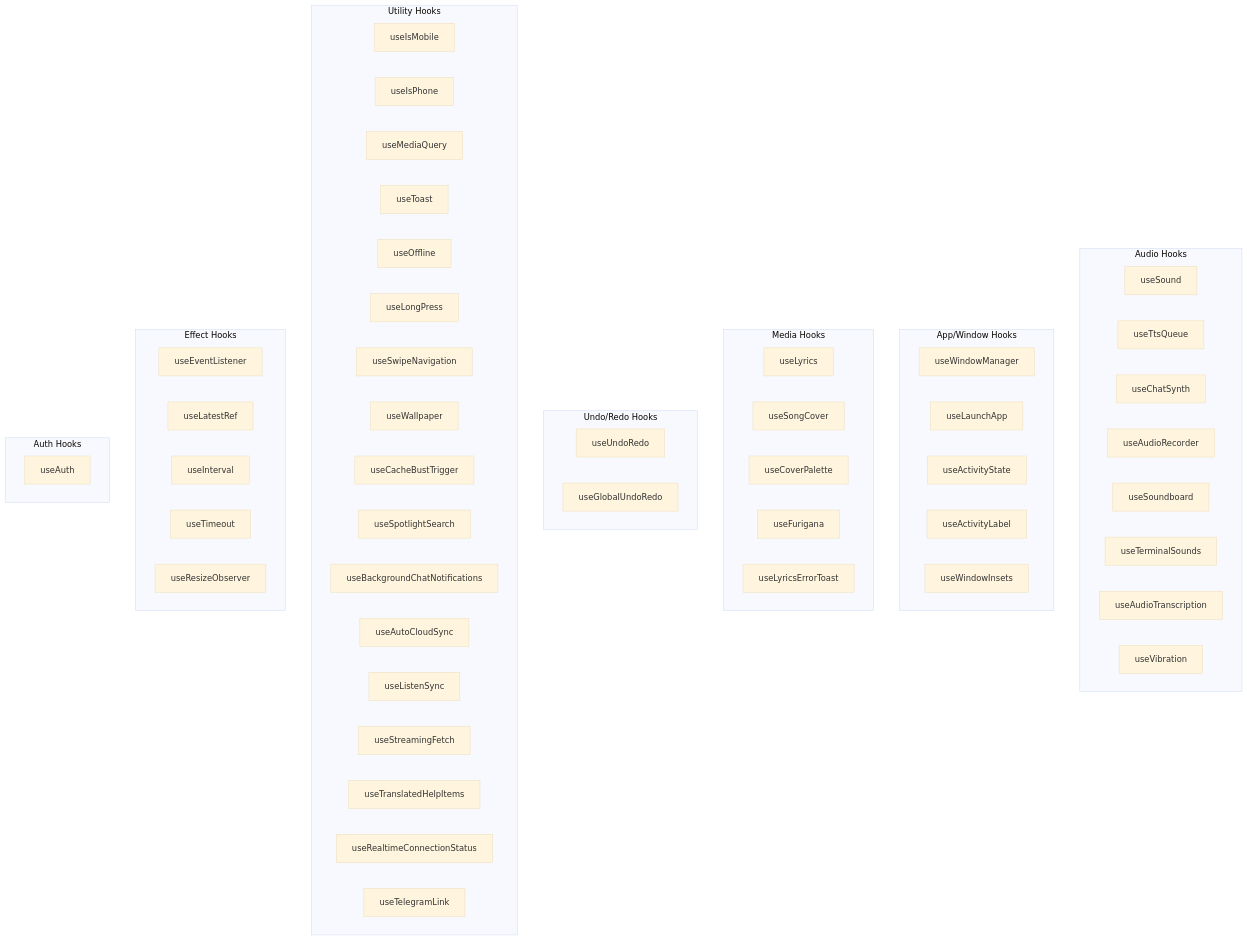
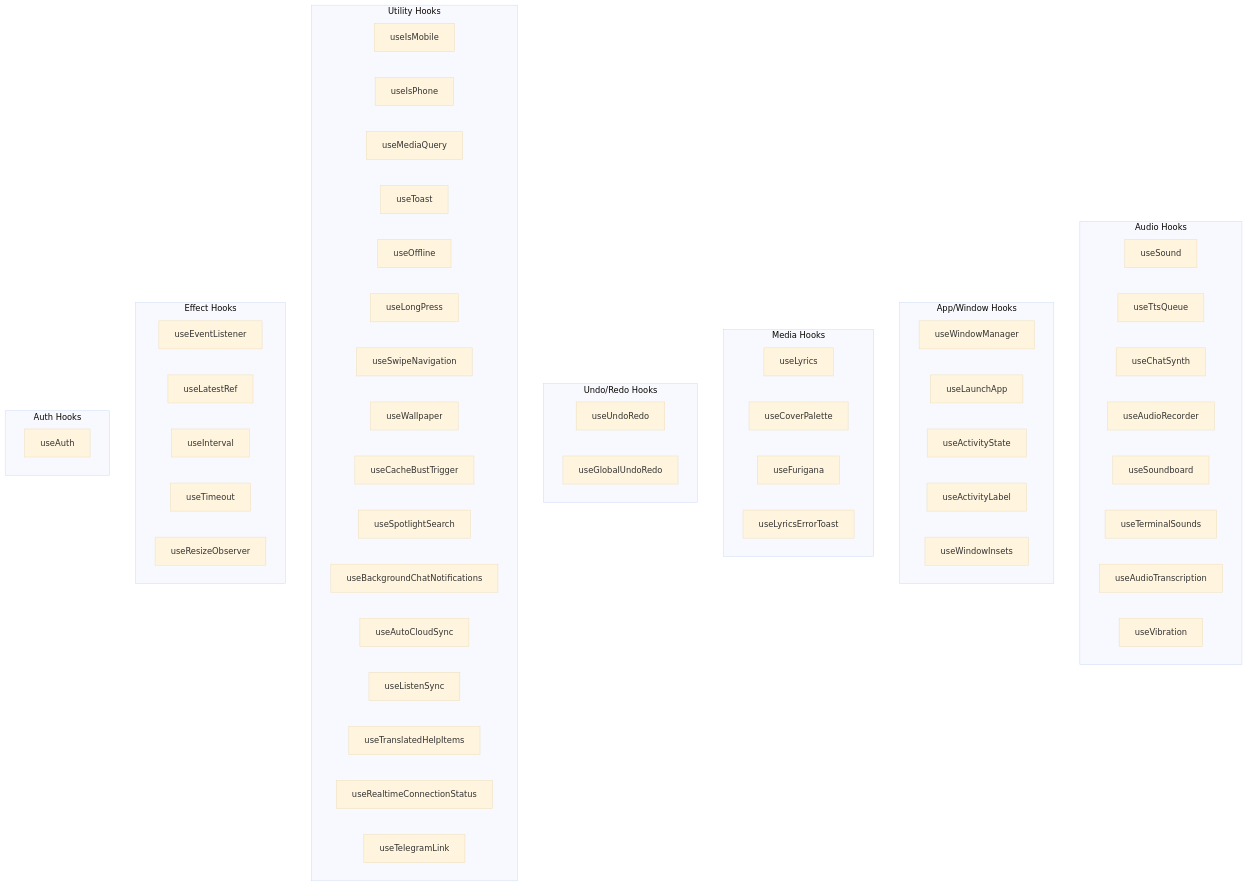
Before and after one commit to ryokun6/ryos: the first of 2 diagrams in docs/3.4-hooks-architecture.md, drawn with Mermaid (base theme). The commit also changed other lines of this file and 14 other files, not shown here.

````diff
--- a/docs/3.4-hooks-architecture.md
+++ b/docs/3.4-hooks-architecture.md
@@ -7,66 +7,64 @@
 ```mermaid
 graph TB
     subgraph Audio["Audio Hooks"]
         US[useSound]
         UTT[useTtsQueue]
         UCS[useChatSynth]
         UAR[useAudioRecorder]
         USB[useSoundboard]
         UTS[useTerminalSounds]
         UAT[useAudioTranscription]
         UV[useVibration]
     end
     
     subgraph Window["App/Window Hooks"]
         UWM[useWindowManager]
         ULA[useLaunchApp]
         UAS[useActivityState]
         UAL[useActivityLabel]
         UWI[useWindowInsets]
     end
     
     subgraph Media["Media Hooks"]
         UL[useLyrics]
-        USC[useSongCover]
         UCP[useCoverPalette]
         UF[useFurigana]
         ULE[useLyricsErrorToast]
     end
     
     subgraph UndoRedo["Undo/Redo Hooks"]
         UUR[useUndoRedo]
         UGUR[useGlobalUndoRedo]
     end
     
     subgraph Utility["Utility Hooks"]
         UIM[useIsMobile]
         UIP[useIsPhone]
         UMQ[useMediaQuery]
         UT[useToast]
         UO[useOffline]
         ULP[useLongPress]
         USN[useSwipeNavigation]
         UW[useWallpaper]
         UCB[useCacheBustTrigger]
         USS[useSpotlightSearch]
         UBN[useBackgroundChatNotifications]
         UAC[useAutoCloudSync]
         ULS[useListenSync]
-        USF[useStreamingFetch]
         UTH[useTranslatedHelpItems]
         URCS[useRealtimeConnectionStatus]
         UTL[useTelegramLink]
     end
     
     subgraph Effect["Effect Hooks"]
         UEL[useEventListener]
         ULR[useLatestRef]
         UIT[useInterval]
         UTO[useTimeout]
         URO[useResizeObserver]
     end
     
     subgraph Auth["Auth Hooks"]
         UA[useAuth]
     end
 ```
````
